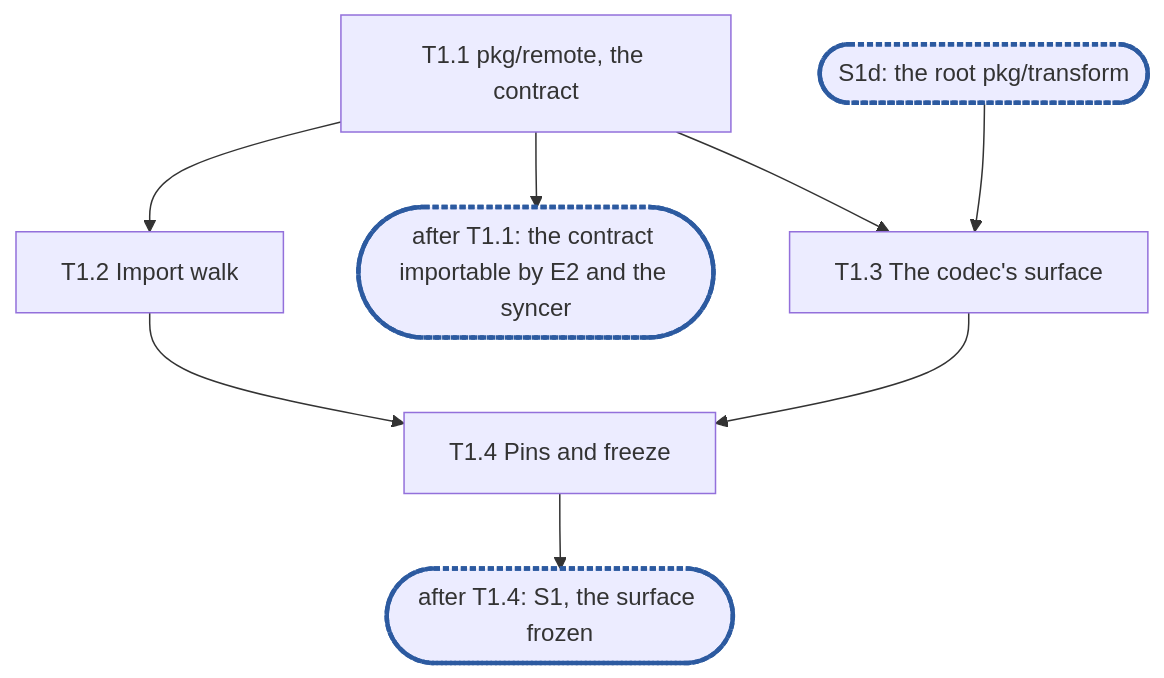
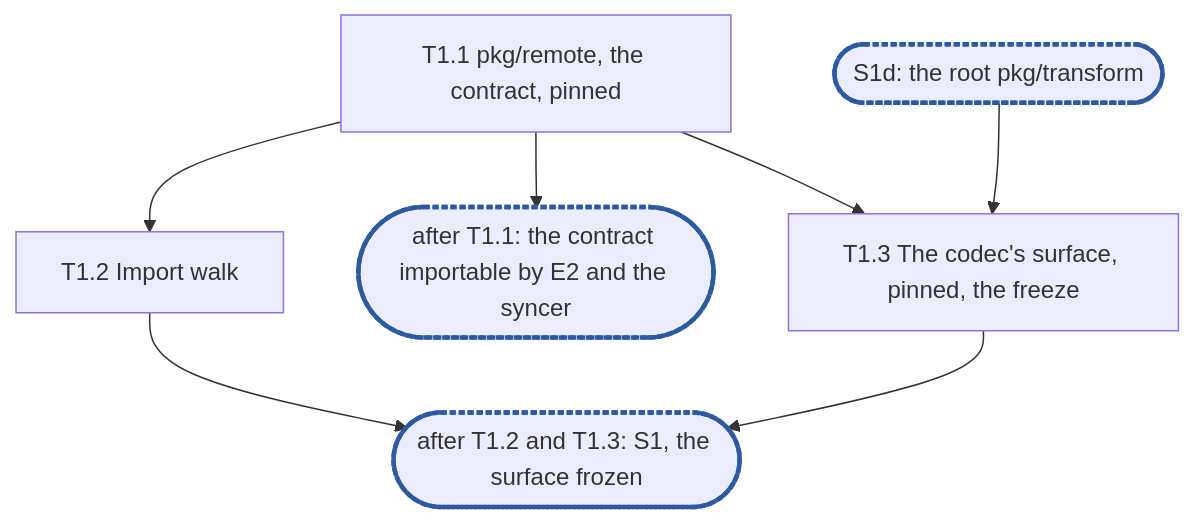
Before and after one commit to cubbit/dittofs: the diagram in .planning/rfc-4-remote-tier-epic1.md, drawn with Mermaid. The commit also changed other lines of this file, not shown here.

````diff
--- a/.planning/rfc-4-remote-tier-epic1.md
+++ b/.planning/rfc-4-remote-tier-epic1.md
@@ -482,10 +496,9 @@
 ```mermaid
 flowchart TD
-  T1_1["T1.1 pkg/remote, the contract"] --> T1_2["T1.2 Import walk"]
+  T1_1["T1.1 pkg/remote, the contract, pinned"] --> T1_2["T1.2 Import walk"]
   T1_1 --> C1(["after T1.1: the contract importable by E2 and the syncer"]):::sync
-  T1_1 --> T1_3["T1.3 The codec's surface"]
+  T1_1 --> T1_3["T1.3 The codec's surface, pinned, the freeze"]
   S1d(["S1d: the root pkg/transform"]):::sync --> T1_3
-  T1_2 & T1_3 --> T1_4["T1.4 Pins and freeze"]
-  T1_4 --> S1(["after T1.4: S1, the surface frozen"]):::sync
+  T1_2 & T1_3 --> S1(["after T1.2 and T1.3: S1, the surface frozen"]):::sync
   classDef sync stroke:#2c5aa0,stroke-width:3px,stroke-dasharray:4 2
 ```
````
